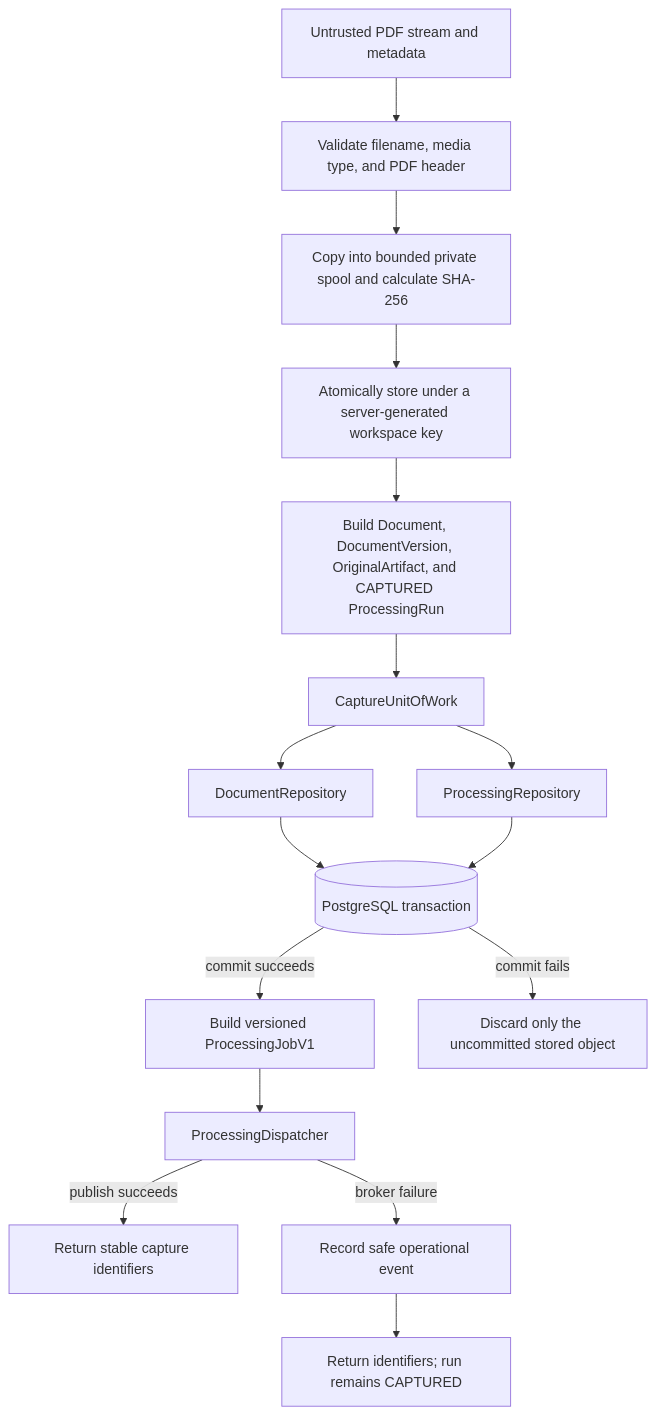
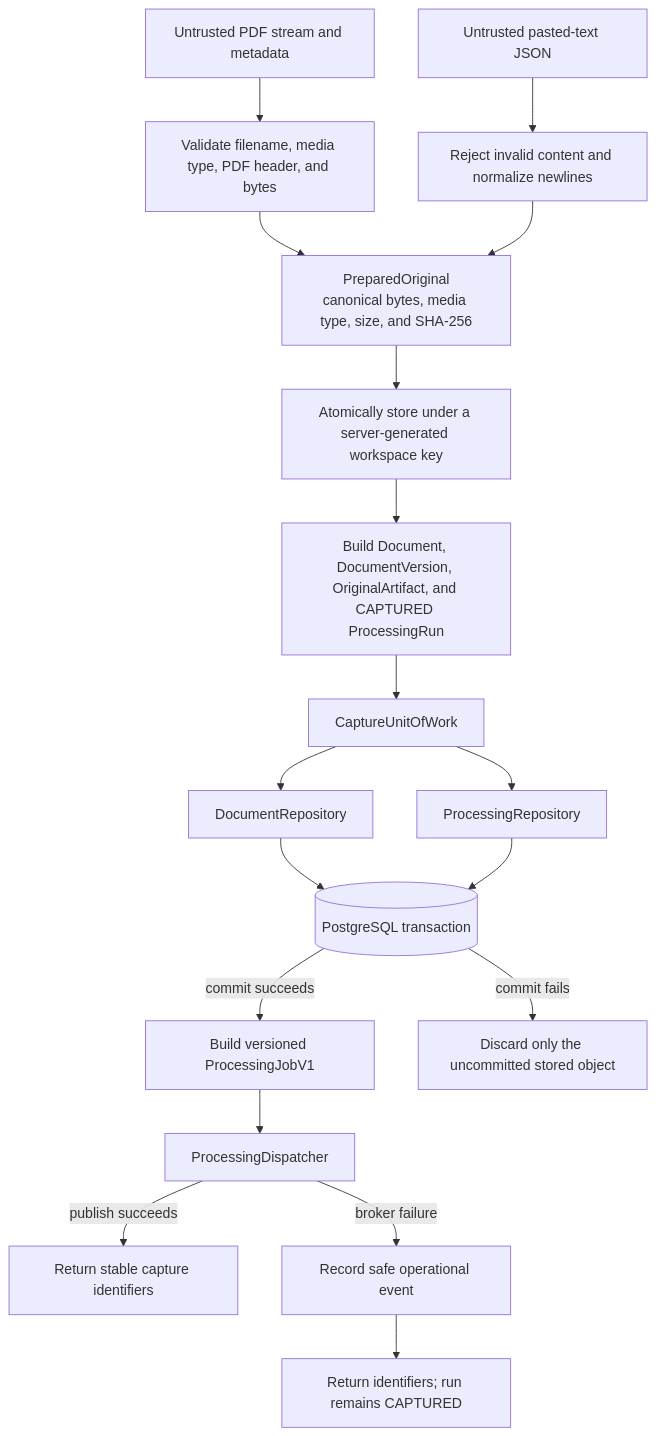
The second of 3 diagrams in backend/src/investment_research/modules/documents/README.md (rnkraus/investment-research), drawn with Mermaid before and after one commit. The commit also changed other lines of this file and 17 other files, not shown here.

Commit message:
feat: add immutable pasted-text capture

````diff
--- a/backend/src/investment_research/modules/documents/README.md
+++ b/backend/src/investment_research/modules/documents/README.md
@@ -29,18 +29,20 @@
 ```mermaid
 flowchart TD
-    INPUT[Untrusted PDF stream and metadata] --> TYPE[Validate filename, media type, and PDF header]
-    TYPE --> LIMIT[Copy into bounded private spool and calculate SHA-256]
-    LIMIT --> STORE[Atomically store under a server-generated workspace key]
+    PDF[Untrusted PDF stream and metadata] --> PDF_VALIDATE[Validate filename, media type, PDF header, and bytes]
+    TEXT[Untrusted pasted-text JSON] --> TEXT_VALIDATE[Reject invalid content and normalize newlines]
+    PDF_VALIDATE --> PREPARED[PreparedOriginal<br/>canonical bytes, media type, size, and SHA-256]
+    TEXT_VALIDATE --> PREPARED
+    PREPARED --> STORE[Atomically store under a server-generated workspace key]
     STORE --> BUILD[Build Document, DocumentVersion, OriginalArtifact, and CAPTURED ProcessingRun]
     BUILD --> UOW[CaptureUnitOfWork]
     UOW --> DOCS[DocumentRepository]
     UOW --> PROCESSING[ProcessingRepository]
     DOCS --> PG[(PostgreSQL transaction)]
     PROCESSING --> PG
     PG -->|commit succeeds| JOB[Build versioned ProcessingJobV1]
     JOB --> DISPATCH[ProcessingDispatcher]
     DISPATCH -->|publish succeeds| RESULT[Return stable capture identifiers]
     DISPATCH -->|broker failure| LOG[Record safe operational event]
     LOG --> CAPTURED[Return identifiers; run remains CAPTURED]
     PG -->|commit fails| DISCARD[Discard only the uncommitted stored object]
 ```
````
